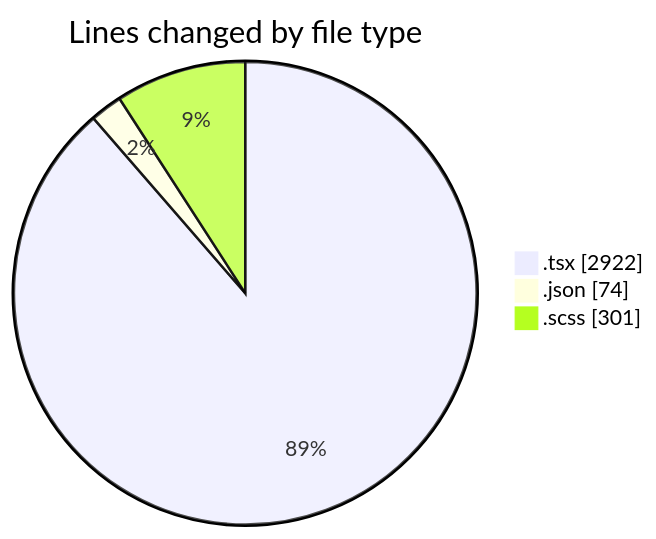
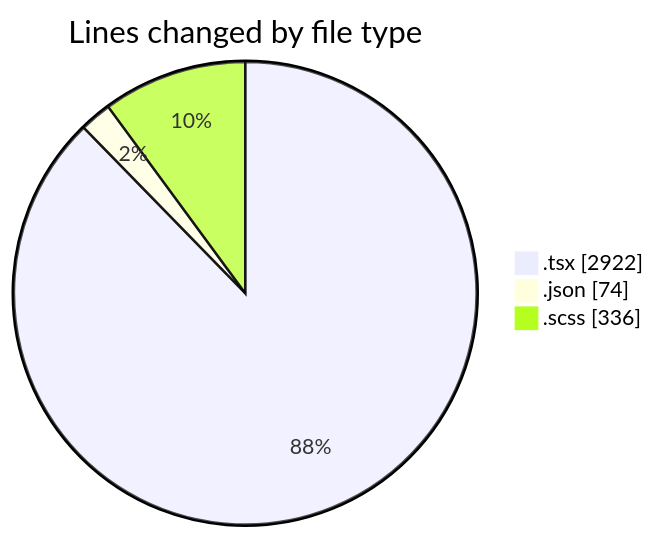
The first of 2 diagrams in 2025-04-08/cda/README.md (momahboobian/code-tracking), drawn with Mermaid before and after one commit. The commit also changed other lines of this file and 1 other file, not shown here.

````diff
--- a/2025-04-08/cda/README.md
+++ b/2025-04-08/cda/README.md
@@ -29,7 +29,7 @@
 ```mermaid
 pie showData
 title Lines changed by file type
 ".tsx" : 2922
 ".json" : 74
-".scss" : 301
+".scss" : 336
 ```
````
